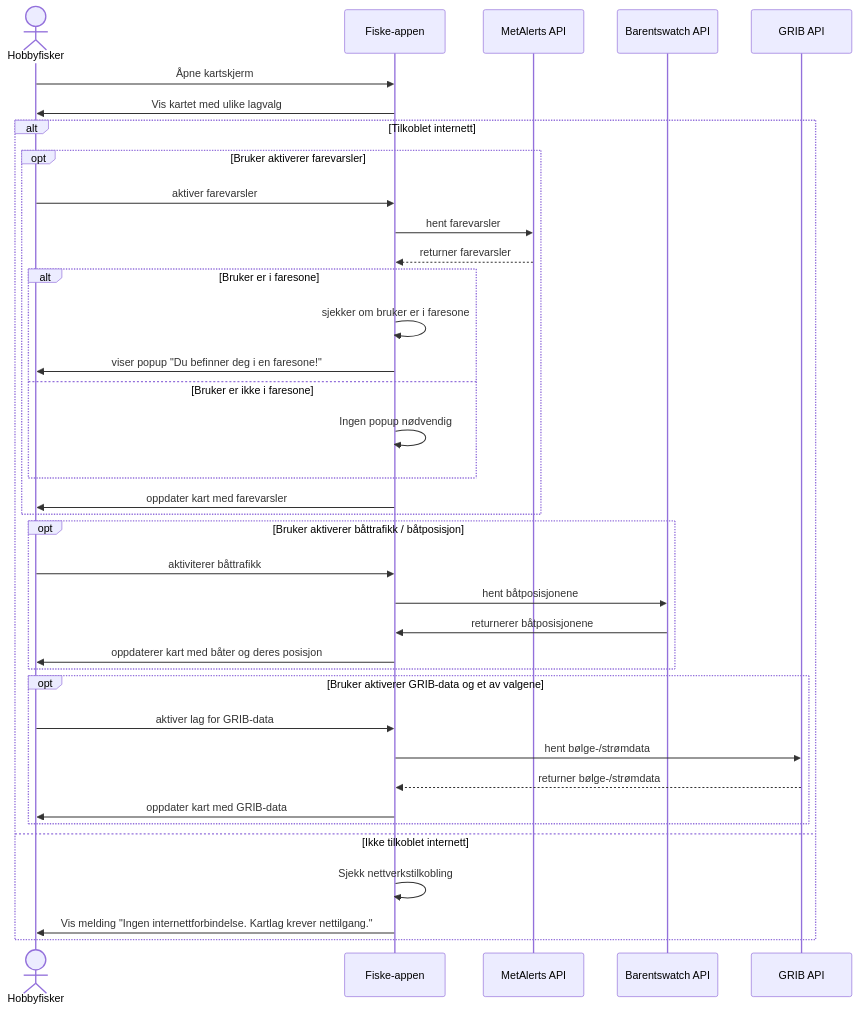
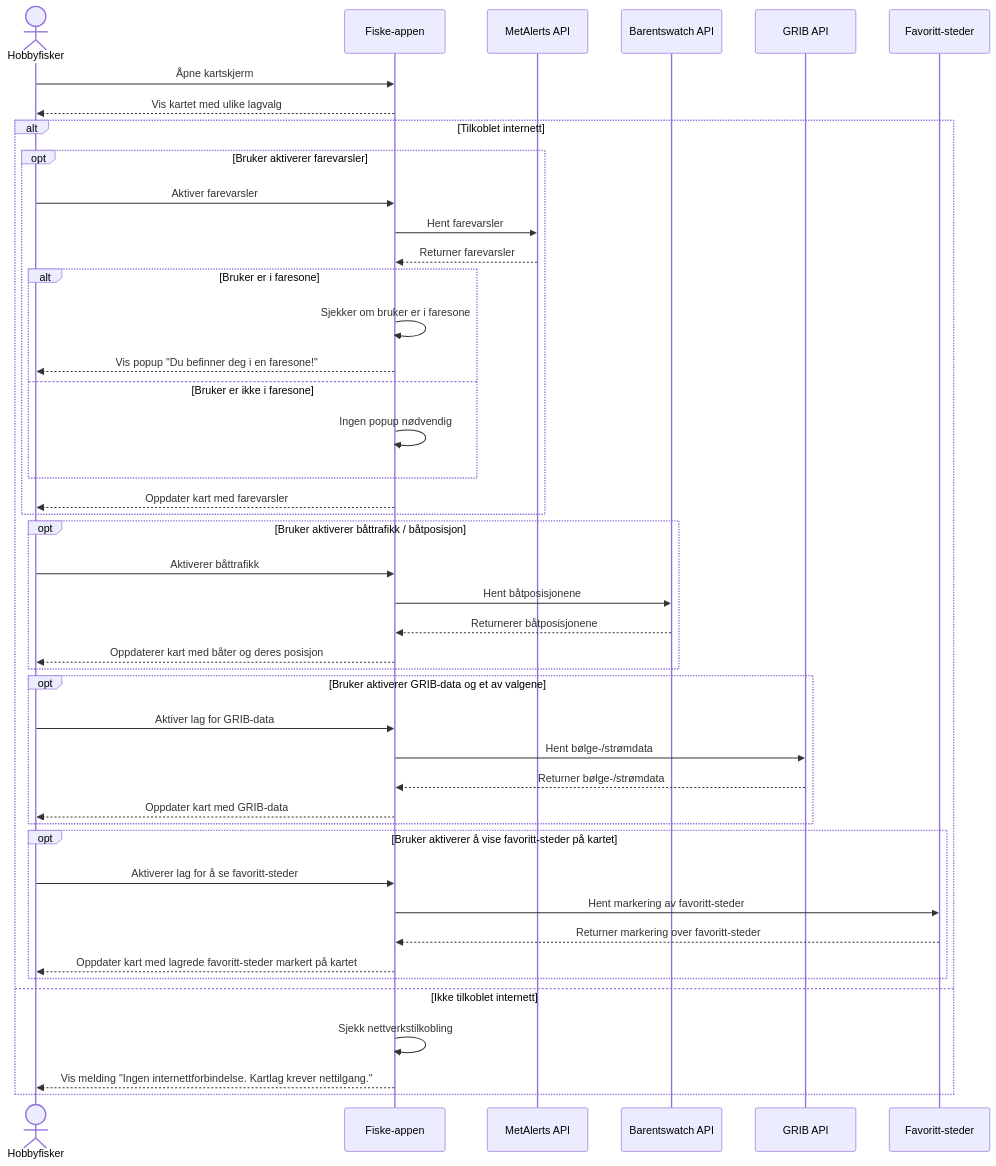
The diagram in modelling/sekvens_diagram_kartskjerm.md (jonesstoen/FiskeKlar), drawn with Mermaid before and after one commit. The commit also changed 8 other files, not shown here.

````diff
--- a/modelling/sekvens_diagram_kartskjerm.md
+++ b/modelling/sekvens_diagram_kartskjerm.md
@@ -3,48 +3,54 @@
 ```mermaid
 sequenceDiagram
     actor H as Hobbyfisker
     participant A as Fiske-appen
     participant M as MetAlerts API
     participant B as Barentswatch API
     participant G as GRIB API
+    participant F as Favoritt-steder
 
     H ->> A: Åpne kartskjerm
-    A ->> H: Vis kartet med ulike lagvalg
+    A -->> H: Vis kartet med ulike lagvalg
 
     alt Tilkoblet internett
-   opt Bruker aktiverer farevarsler
-        H->>A: aktiver farevarsler
-        A->>M: hent farevarsler
-        M-->>A: returner farevarsler
+        opt Bruker aktiverer farevarsler
+            H ->> A: Aktiver farevarsler
+            A ->> M: Hent farevarsler
+            M -->> A: Returner farevarsler
+            
+            alt Bruker er i faresone
+                A ->> A: Sjekker om bruker er i faresone
+                A -->> H: Vis popup "Du befinner deg i en faresone!"
+            else Bruker er ikke i faresone
+                A ->> A: Ingen popup nødvendig
+            end
+
+            A -->> H: Oppdater kart med farevarsler
+        end
         
-        alt Bruker er i faresone
-            A->>A: sjekker om bruker er i faresone
-            A->>H: viser popup "Du befinner deg i en faresone!"
-
-        else Bruker er ikke i faresone
-            A->>A: Ingen popup nødvendig
+        opt Bruker aktiverer båttrafikk / båtposisjon
+            H ->> A: Aktiverer båttrafikk
+            A ->> B: Hent båtposisjonene
+            B -->> A: Returnerer båtposisjonene
+            A -->> H: Oppdaterer kart med båter og deres posisjon
         end
 
-        A->>H: oppdater kart med farevarsler
-    end
-    
-    opt Bruker aktiverer båttrafikk / båtposisjon
-        H->> A: aktiviterer båttrafikk
-        A ->> B: hent båtposisjonene
-        B ->> A: returnerer båtposisjonene
-        A ->> H: oppdaterer kart med båter og deres posisjon
-    end
+        opt Bruker aktiverer GRIB-data og et av valgene
+            H ->> A: Aktiver lag for GRIB-data
+            A ->> G: Hent bølge-/strømdata
+            G -->> A: Returner bølge-/strømdata
+            A -->> H: Oppdater kart med GRIB-data
+        end
 
-    opt Bruker aktiverer GRIB-data og et av valgene
-        H->>A: aktiver lag for GRIB-data
-        A->>G: hent bølge-/strømdata
-        G-->>A: returner bølge-/strømdata
-        A->>H: oppdater kart med GRIB-data
-    end
+        opt Bruker aktiverer å vise favoritt-steder på kartet
+            H ->> A: Aktiverer lag for å se favoritt-steder
+            A ->> F: Hent markering av favoritt-steder
+            F -->> A: Returner markering over favoritt-steder
+            A -->> H: Oppdater kart med lagrede favoritt-steder markert på kartet
+        end
 
     else Ikke tilkoblet internett
-        A->>A: Sjekk nettverkstilkobling
-        A->>H: Vis melding "Ingen internettforbindelse. Kartlag krever nettilgang."
+        A ->> A: Sjekk nettverkstilkobling
+        A -->> H: Vis melding "Ingen internettforbindelse. Kartlag krever nettilgang."
     end
-
 ```
````
